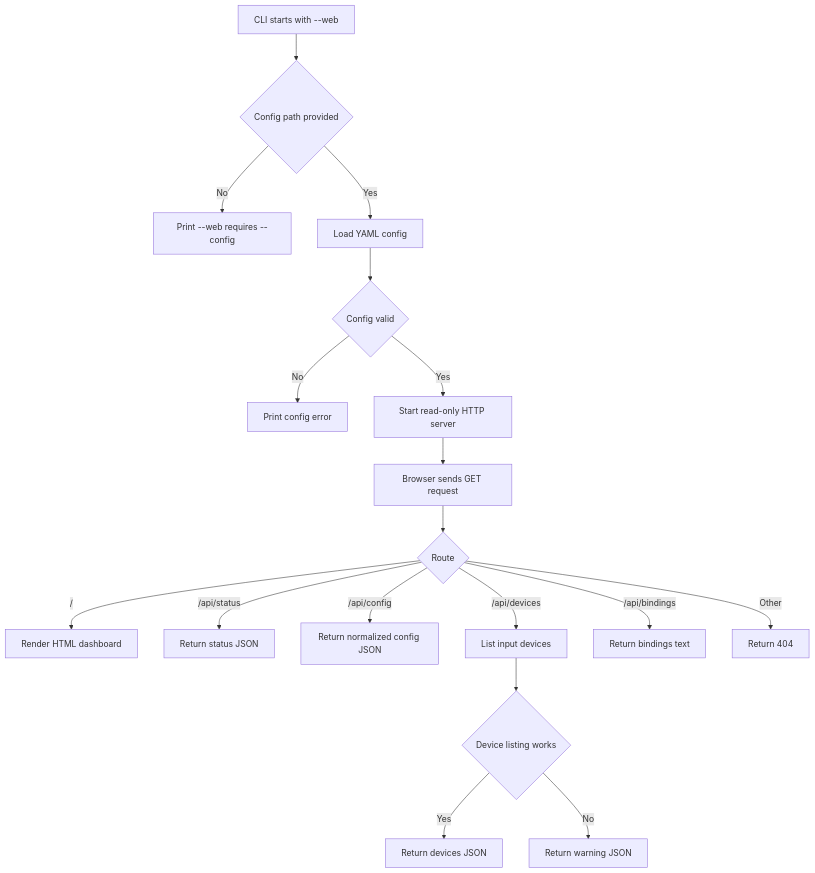
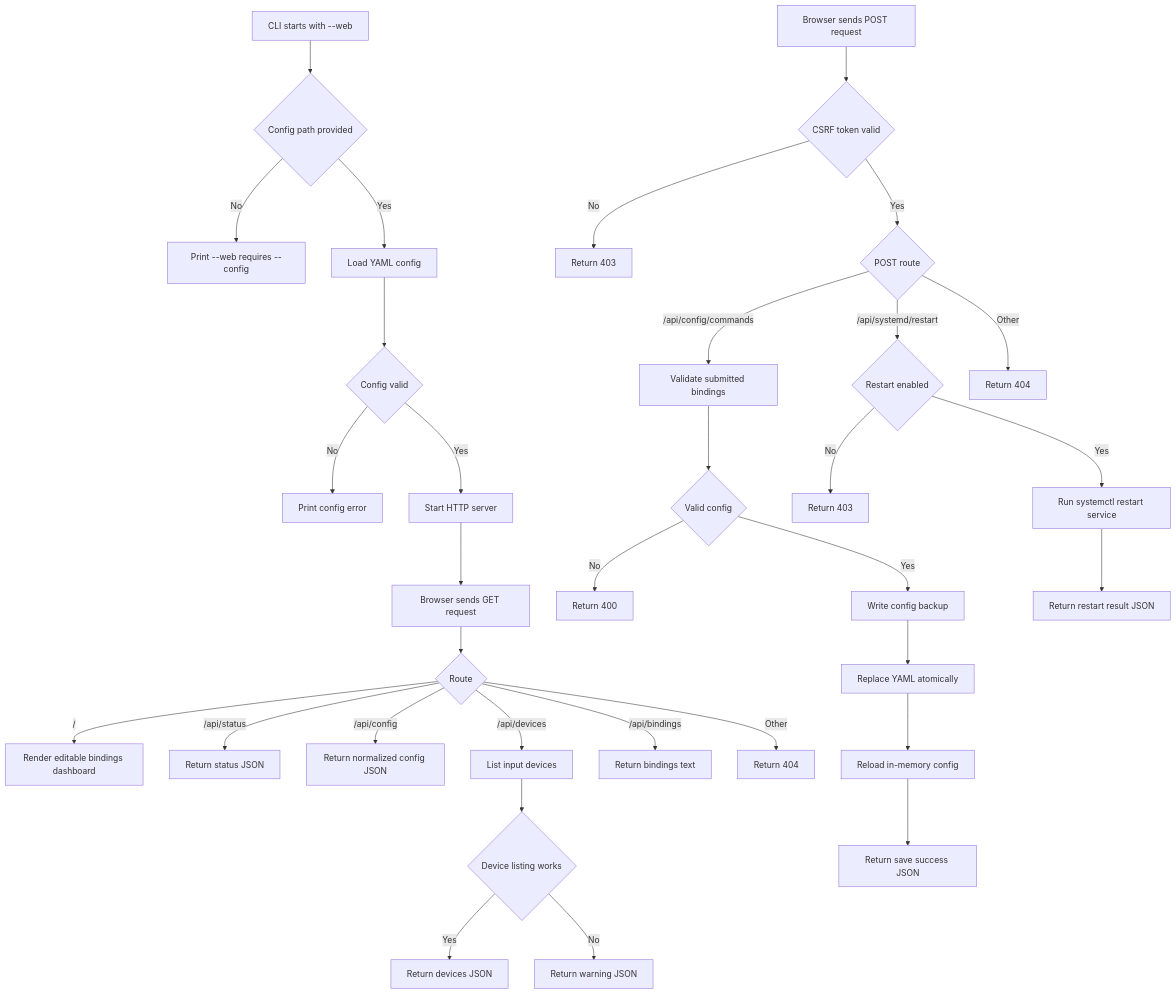
The diagram in docs/diagrams/web-interface-flow.md (shaposhnikoff/Raspberry_Ham_Keypad), drawn with Mermaid before and after one commit. The commit also changed 5 other files, not shown here.

````diff
--- a/docs/diagrams/web-interface-flow.md
+++ b/docs/diagrams/web-interface-flow.md
@@ -3,20 +3,37 @@
 ```mermaid
 flowchart TD
     Start[CLI starts with --web] --> NeedConfig{Config path provided}
     NeedConfig -->|No| ConfigError[Print --web requires --config]
     NeedConfig -->|Yes| LoadConfig[Load YAML config]
     LoadConfig --> ValidConfig{Config valid}
     ValidConfig -->|No| PrintError[Print config error]
-    ValidConfig -->|Yes| StartServer[Start read-only HTTP server]
+    ValidConfig -->|Yes| StartServer[Start HTTP server]
     StartServer --> Request[Browser sends GET request]
     Request --> Route{Route}
-    Route -->|/| Dashboard[Render HTML dashboard]
+    Route -->|/| Dashboard[Render editable bindings dashboard]
     Route -->|/api/status| Status[Return status JSON]
     Route -->|/api/config| Config[Return normalized config JSON]
     Route -->|/api/devices| Devices[List input devices]
     Devices --> DeviceOk{Device listing works}
     DeviceOk -->|Yes| DeviceJson[Return devices JSON]
     DeviceOk -->|No| DeviceWarning[Return warning JSON]
     Route -->|/api/bindings| Bindings[Return bindings text]
     Route -->|Other| NotFound[Return 404]
+
+    BrowserPost[Browser sends POST request] --> Csrf{CSRF token valid}
+    Csrf -->|No| Forbidden[Return 403]
+    Csrf -->|Yes| PostRoute{POST route}
+    PostRoute -->|/api/config/commands| ValidateBindings[Validate submitted bindings]
+    ValidateBindings --> ValidBindings{Valid config}
+    ValidBindings -->|No| SaveRejected[Return 400]
+    ValidBindings -->|Yes| Backup[Write config backup]
+    Backup --> AtomicWrite[Replace YAML atomically]
+    AtomicWrite --> ReloadConfig[Reload in-memory config]
+    ReloadConfig --> SaveOk[Return save success JSON]
+
+    PostRoute -->|/api/systemd/restart| RestartAllowed{Restart enabled}
+    RestartAllowed -->|No| RestartForbidden[Return 403]
+    RestartAllowed -->|Yes| RestartService[Run systemctl restart service]
+    RestartService --> RestartResult[Return restart result JSON]
+    PostRoute -->|Other| PostNotFound[Return 404]
 ```
````
